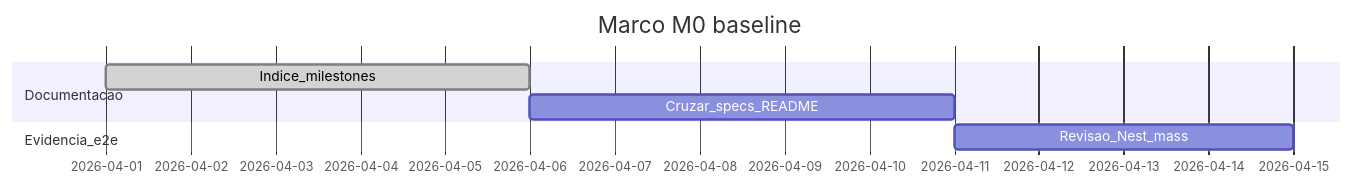
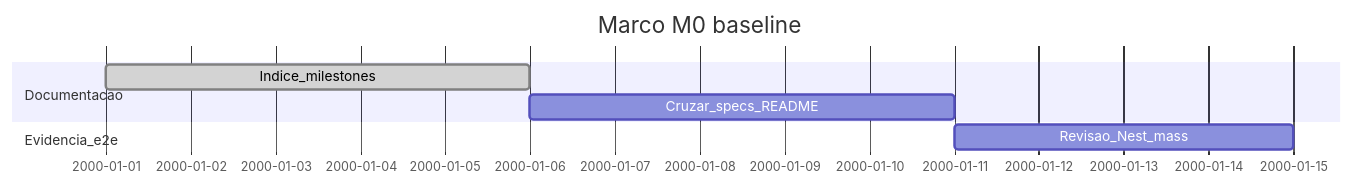
Before and after one commit to Malnati/eslint-hardcode-detect-plugin: the second of 2 diagrams in docs/distribution-milestones/m0-baseline.md, drawn with Mermaid. The commit also changed other lines of this file and 10 other files, not shown here.

````diff
--- a/docs/distribution-milestones/m0-baseline.md
+++ b/docs/distribution-milestones/m0-baseline.md
@@ -59,10 +63,10 @@
 ```mermaid
 gantt
   title Marco M0 baseline
   dateFormat YYYY-MM-DD
   section Documentacao
-  Indice_milestones :done, m0a, 2026-04-01, 5d
+  Indice_milestones :done, m0a, 2000-01-01, 5d
   Cruzar_specs_README :m0b, after m0a, 5d
   section Evidencia_e2e
   Revisao_Nest_mass :m0c, after m0b, 4d
 ```
````
